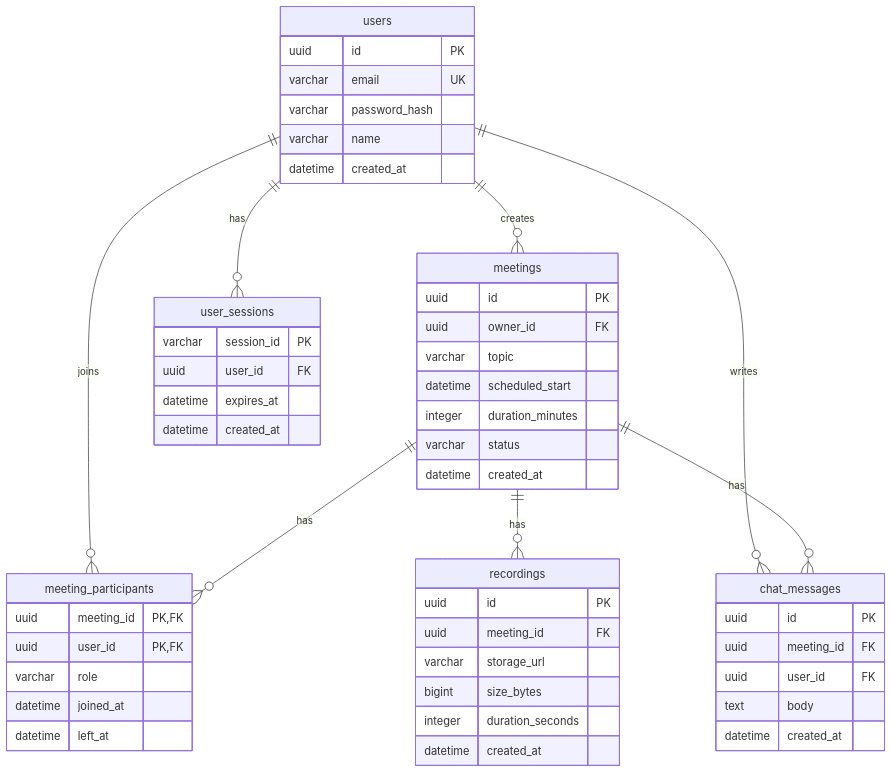
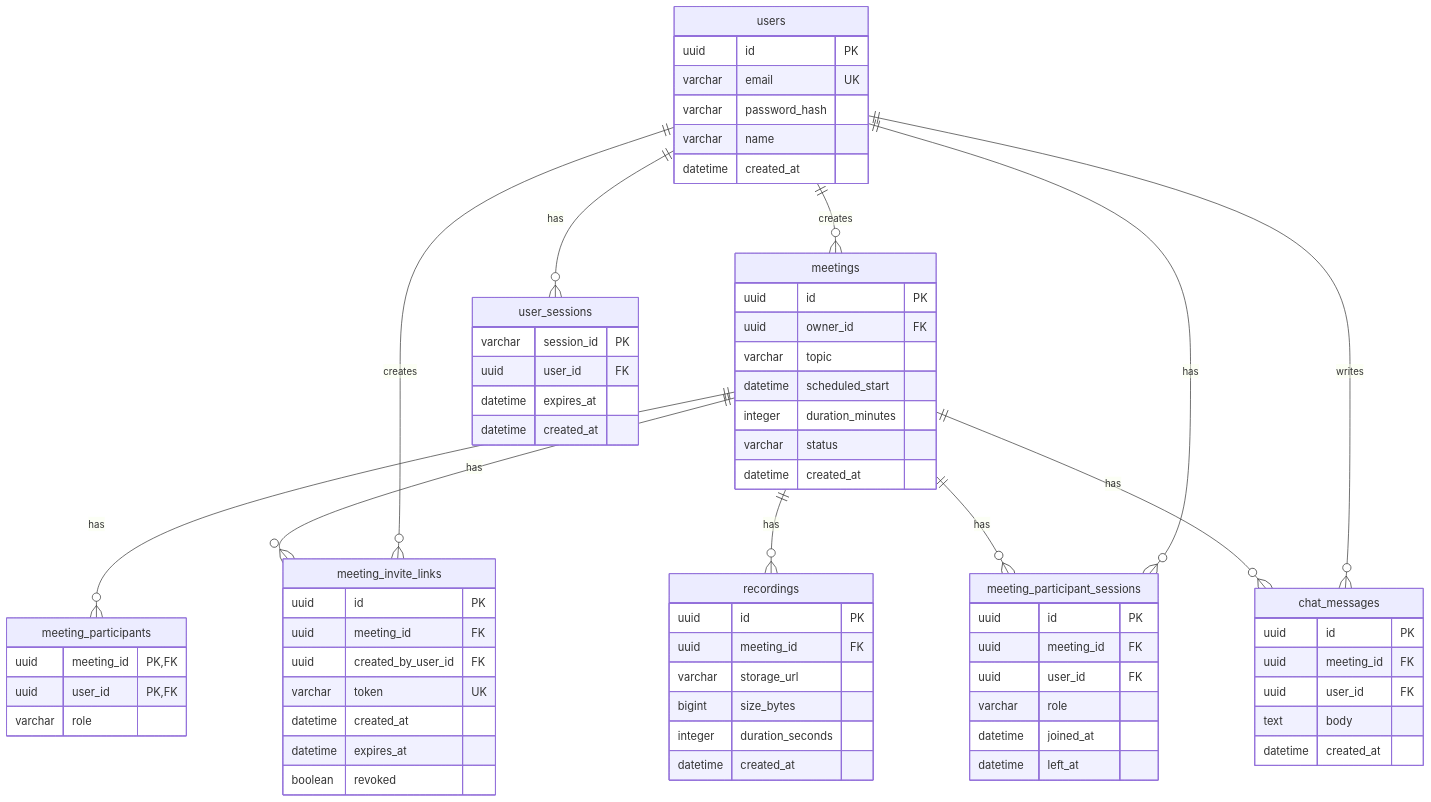
The first of 2 diagrams in README.md (alx314vo/highload_zoom), drawn with Mermaid before and after one commit. The commit also changed other lines of this file, not shown here.

````diff
--- a/README.md
+++ b/README.md
@@ -181,61 +181,81 @@
 ```mermaid
 erDiagram
     users ||--o{ meetings : "creates"
-    users ||--o{ meeting_participants : "joins"
+    users ||--o{ meeting_invite_links : "creates"
+    users ||--o{ meeting_participant_sessions : "has"
     users ||--o{ chat_messages : "writes"
     users ||--o{ user_sessions : "has"
 
     meetings ||--o{ meeting_participants : "has"
+    meetings ||--o{ meeting_invite_links : "has"
+    meetings ||--o{ meeting_participant_sessions : "has"
     meetings ||--o{ recordings : "has"
     meetings ||--o{ chat_messages : "has"
 
     users {
         uuid id PK
         varchar email UK
         varchar password_hash
         varchar name
         datetime created_at
     }
 
     meetings {
         uuid id PK
         uuid owner_id FK
         varchar topic
         datetime scheduled_start
         integer duration_minutes
         varchar status
         datetime created_at
     }
 
     meeting_participants {
         uuid meeting_id PK,FK
         uuid user_id PK,FK
+        varchar role
+    }
+
+    meeting_invite_links {
+        uuid id PK
+        uuid meeting_id FK
+        uuid created_by_user_id FK
+        varchar token UK
+        datetime created_at
+        datetime expires_at
+        boolean revoked
+    }
+
+    meeting_participant_sessions {
+        uuid id PK
+        uuid meeting_id FK
+        uuid user_id FK
         varchar role
         datetime joined_at
         datetime left_at
     }
 
     chat_messages {
         uuid id PK
         uuid meeting_id FK
         uuid user_id FK
         text body
         datetime created_at
     }
 
     recordings {
         uuid id PK
         uuid meeting_id FK
         varchar storage_url
         bigint size_bytes
         integer duration_seconds
         datetime created_at
     }
 
     user_sessions {
         varchar session_id PK
         uuid user_id FK
         datetime expires_at
         datetime created_at
     }
 ```
````
